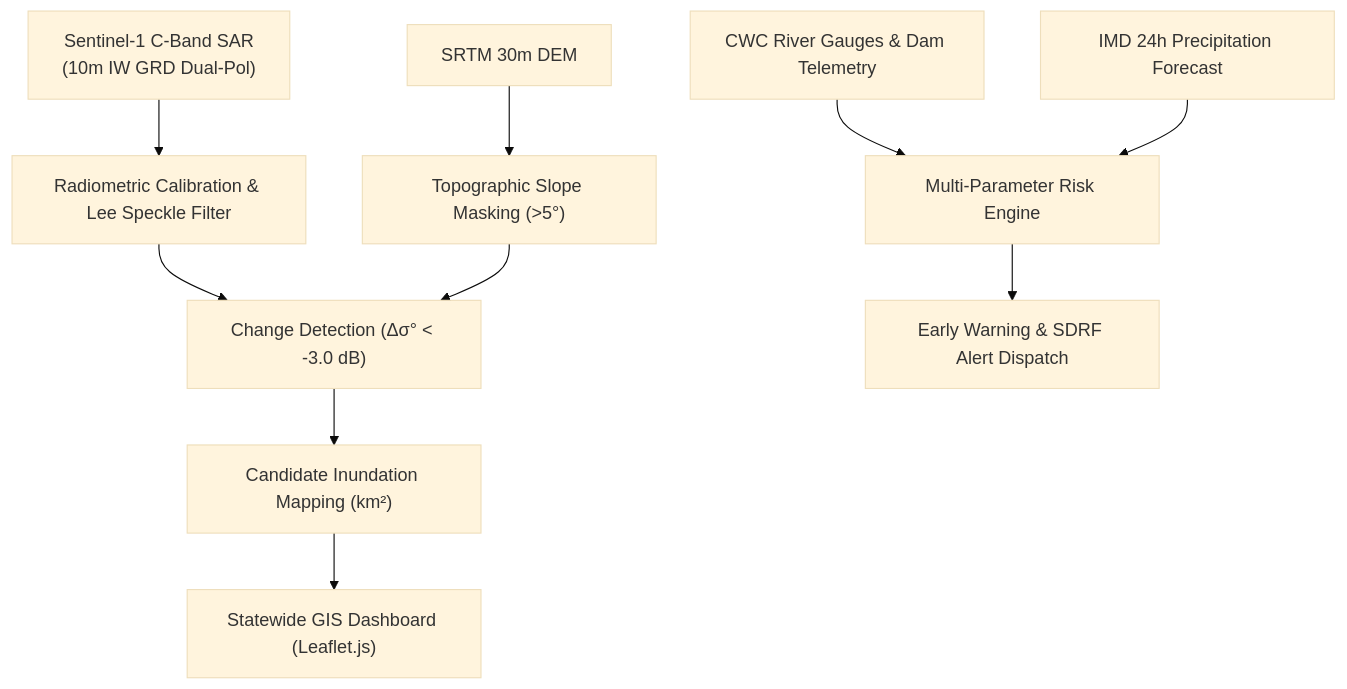
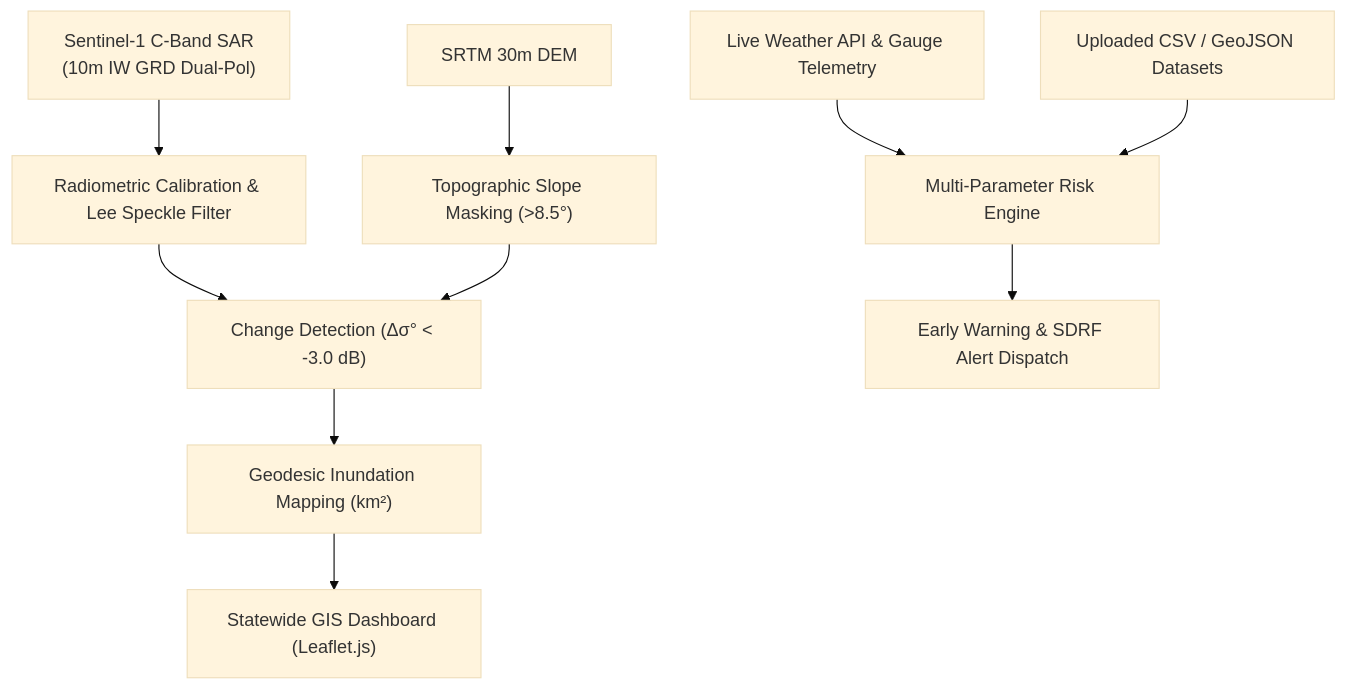
Before and after one commit to Pallavi-L-M/Satellite-Based-Flood-Prediction-and-Early-Warning-System: the diagram in README.md, drawn with Mermaid (base theme). The commit also changed other lines of this file and 5 other files, not shown here.

````diff
--- a/README.md
+++ b/README.md
@@ -57,14 +64,14 @@
 ```mermaid
 flowchart TD
     S1["Sentinel-1 C-Band SAR<br/>(10m IW GRD Dual-Pol)"] --> PRE["Radiometric Calibration & Lee Speckle Filter"]
-    DEM["SRTM 30m DEM"] --> SLOPE["Topographic Slope Masking (>5°)"]
+    DEM["SRTM 30m DEM"] --> SLOPE["Topographic Slope Masking (>8.5°)"]
     PRE --> DIFF["Change Detection (Δσ° < -3.0 dB)"]
     SLOPE --> DIFF
-    DIFF --> AREA["Candidate Inundation Mapping (km²)"]
+    DIFF --> AREA["Geodesic Inundation Mapping (km²)"]
     
-    GAUGE["CWC River Gauges & Dam Telemetry"] --> RISK["Multi-Parameter Risk Engine"]
-    IMD["IMD 24h Precipitation Forecast"] --> RISK
+    API["Live Weather API & Gauge Telemetry"] --> RISK["Multi-Parameter Risk Engine"]
+    UPLOAD["Uploaded CSV / GeoJSON Datasets"] --> RISK
     
     AREA --> DASH["Statewide GIS Dashboard (Leaflet.js)"]
     RISK --> DISPATCH["Early Warning & SDRF Alert Dispatch"]
 ```
````
